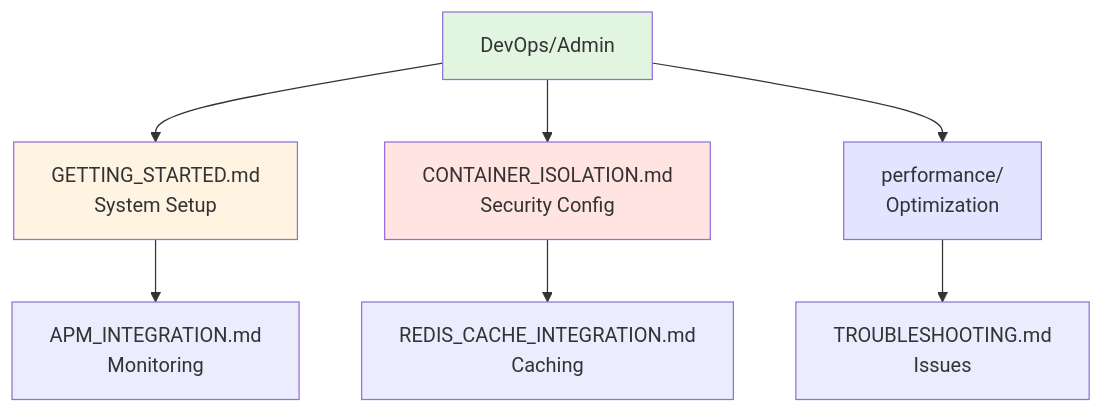
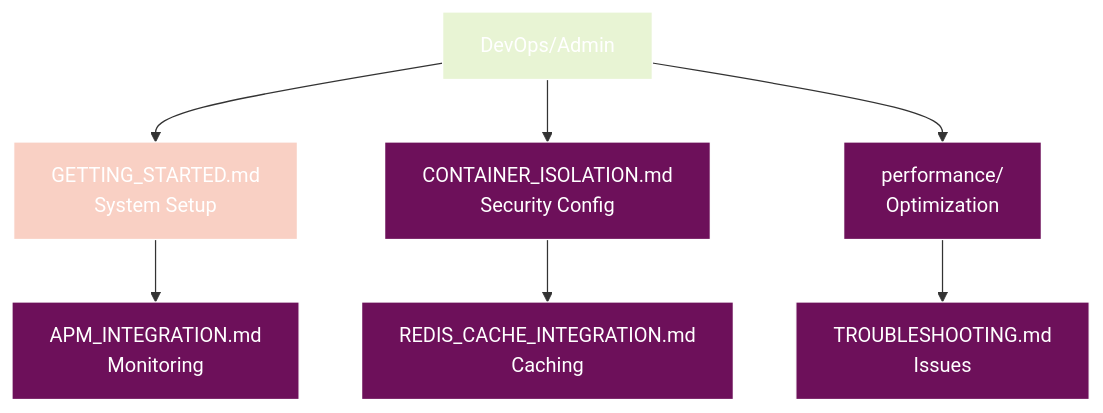
The third of 4 diagrams in docs/README.md (radicalkjax/Athena), drawn with Mermaid before and after one commit. The commit also changed other lines of this file and 27 other files, not shown here.

Commit message:
Introduction of expo package manager. Updated docs to reflect changes. Unified mermaid theme for docs.

````diff
--- a/docs/README.md
+++ b/docs/README.md
@@ -97,15 +139,36 @@
 ```mermaid
+%%{init: {
+  'theme': 'base',
+  'themeVariables': {
+    'primaryColor': '#6d105a',
+    'primaryTextColor': '#ffffff',
+    'primaryBorderColor': '#ffffff',
+    'lineColor': '#333333',
+    'secondaryColor': '#e8f4d4',
+    'secondaryTextColor': '#333333',
+    'secondaryBorderColor': '#333333',
+    'tertiaryColor': '#f9d0c4',
+    'tertiaryTextColor': '#333333',
+    'tertiaryBorderColor': '#333333',
+    'background': '#ffffff',
+    'mainBkg': '#6d105a',
+    'secondBkg': '#e8f4d4',
+    'tertiaryBkg': '#f9d0c4',
+    'textColor': '#333333',
+    'fontFamily': 'Arial, sans-serif'
+  }
+}}%%
 flowchart TD
     Admin[DevOps/Admin] --> Setup[GETTING_STARTED.md<br/>System Setup]
     Admin --> Container[CONTAINER_ISOLATION.md<br/>Security Config]
     Admin --> Perf[performance/<br/>Optimization]
     
     Setup --> Monitor[APM_INTEGRATION.md<br/>Monitoring]
     Container --> Cache[REDIS_CACHE_INTEGRATION.md<br/>Caching]
     Perf --> Trouble[TROUBLESHOOTING.md<br/>Issues]
     
-    style Admin fill:#e1f5e1
-    style Setup fill:#fff4e1
-    style Container fill:#ffe4e1
-    style Perf fill:#e1e5ff
+    style Admin fill:#e8f4d4
+    style Setup fill:#f9d0c4
+    style Container fill:#6d105a
+    style Perf fill:#6d105a
 ```
````
